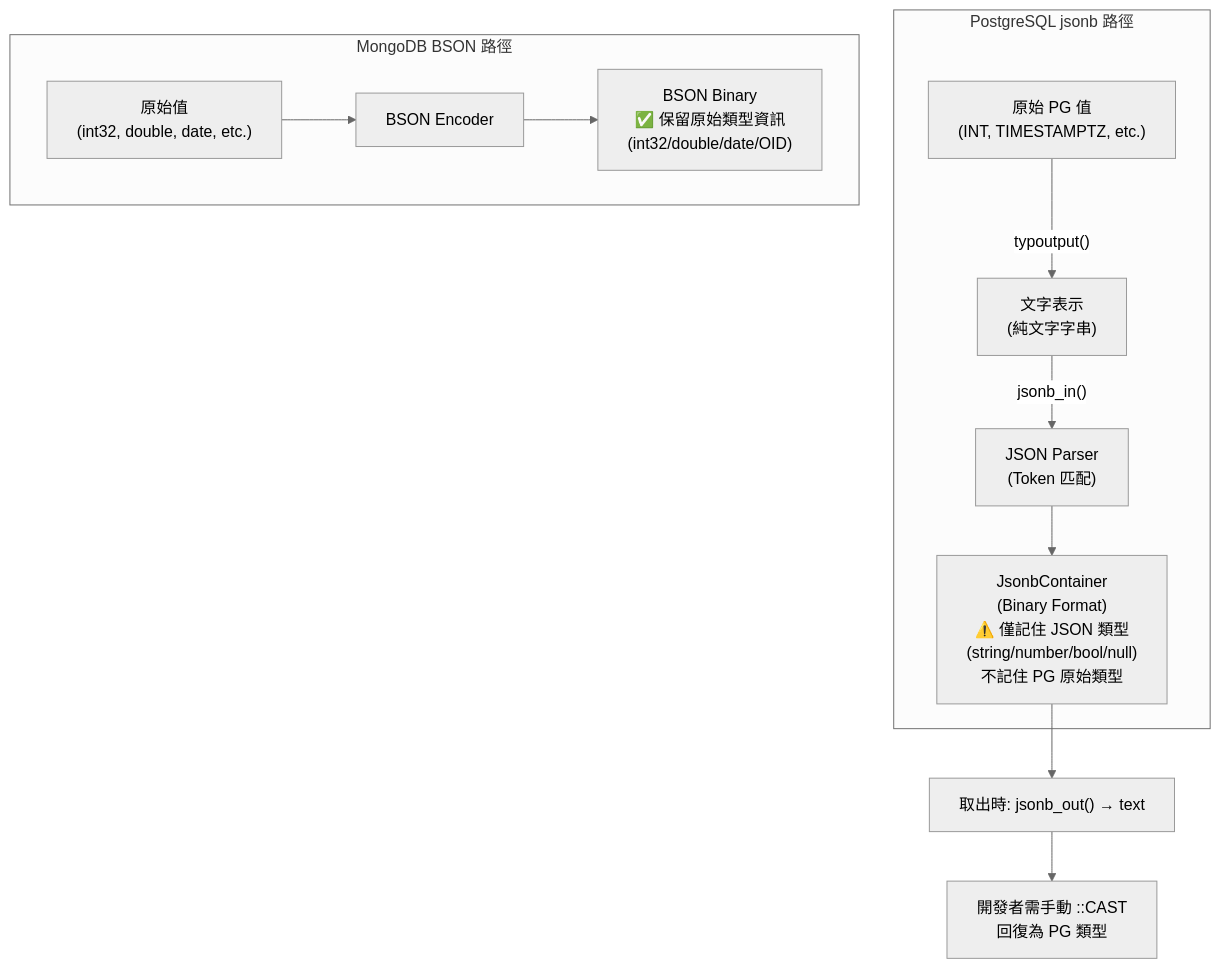
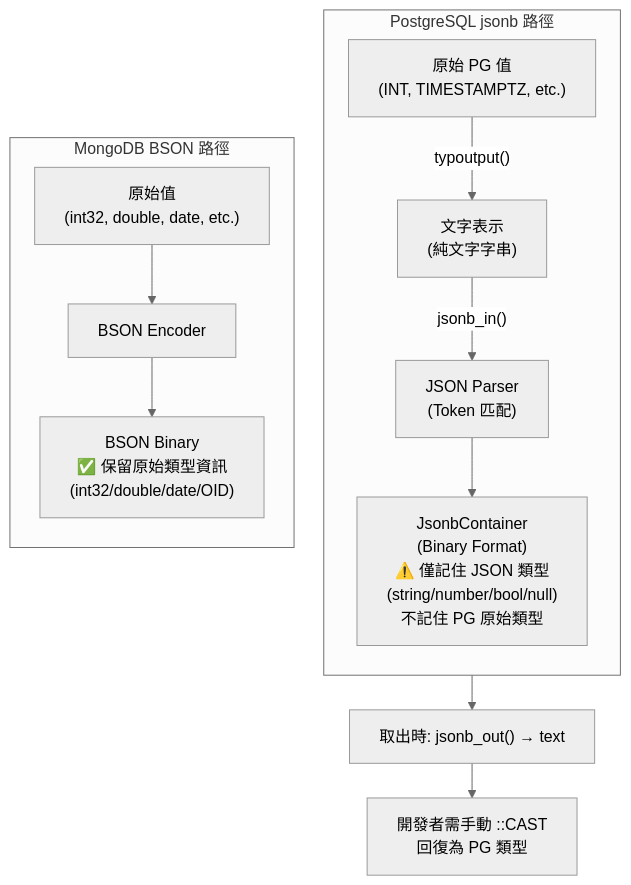
One commit to henry-tpwong/postgresql_note changed the second of 15 diagrams in json/json.md. Above: the diagram before and after it, drawn with Mermaid (neutral theme). The commit also changed other lines of this file, not shown here.

First line of the commit message:
docs(json): 重構 JSON/JSONB 筆記 — 清除C原始碼、補5層結構、修正Mermaid

````diff
--- a/json/json.md
+++ b/json/json.md
@@ -154,18 +129,21 @@
 ```mermaid
+%%{init: {'flowchart': {'nodeSpacing': 30, 'rankSpacing': 35}} }%%
 flowchart TD
     subgraph PG["PostgreSQL jsonb 路徑"]
+        direction TB
         A["原始 PG 值\n(INT, TIMESTAMPTZ, etc.)"]
         A -->|"typoutput()"| B["文字表示\n(純文字字串)"]
         B -->|"jsonb_in()"| C["JSON Parser\n(Token 匹配)"]
         C --> D["JsonbContainer\n(Binary Format)\n⚠️ 僅記住 JSON 類型\n(string/number/bool/null)\n不記住 PG 原始類型"]
     end
 
     subgraph MONGO["MongoDB BSON 路徑"]
+        direction TB
         E["原始值\n(int32, double, date, etc.)"]
         E --> F["BSON Encoder"]
         F --> G["BSON Binary\n✅ 保留原始類型資訊\n(int32/double/date/OID)"]
     end
 
     D --> H["取出時: jsonb_out() → text"]
     H --> I["開發者需手動 ::CAST\n回復為 PG 類型"]
 ```
````
